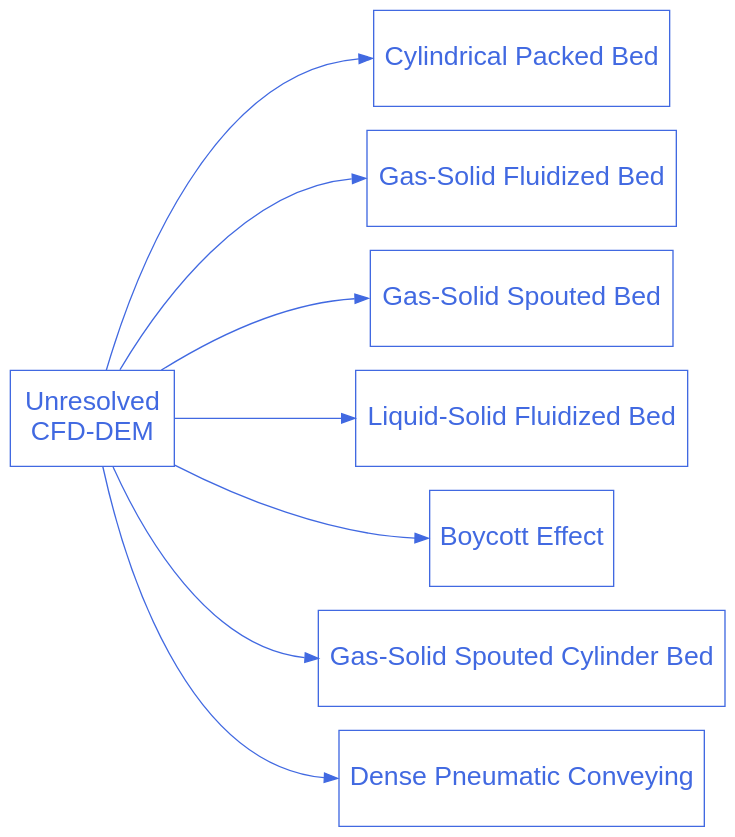
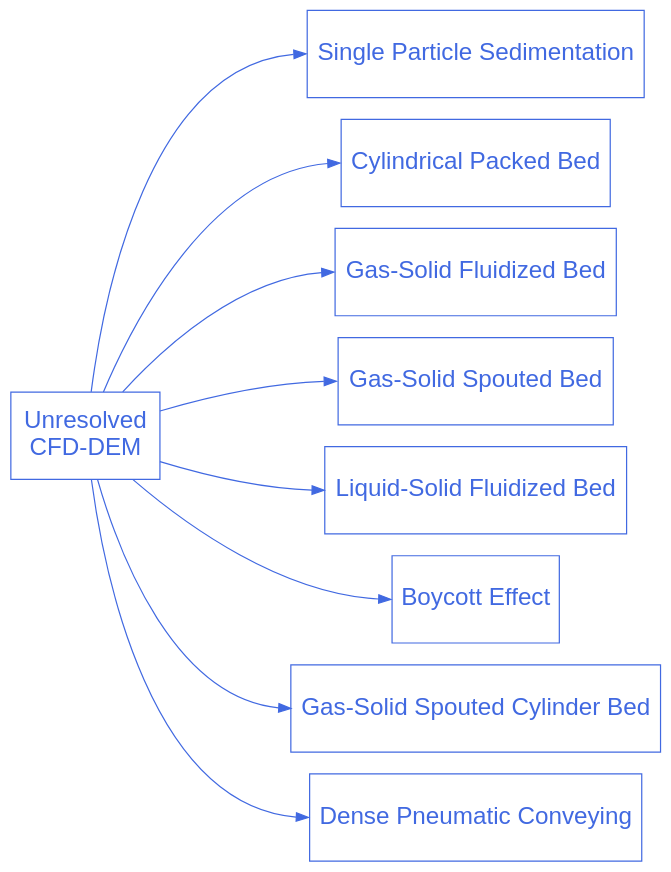
Before and after one commit to chaos-polymtl/lethe: the diagram in doc/source/examples/unresolved-cfd-dem/unresolved-cfd-dem.rst, drawn with Graphviz. The commit also changed other lines of this file and 16 other files, not shown here.

First line of the commit message:
Example unresolved cfd dem sedimentation (#1450)

```diff
--- a/doc/source/examples/unresolved-cfd-dem/unresolved-cfd-dem.rst
+++ b/doc/source/examples/unresolved-cfd-dem/unresolved-cfd-dem.rst
@@ -20,33 +21,36 @@
 .. graphviz:: 
 
     digraph unresolved_cfd_dem_diagram {
       graph [bgcolor="transparent", align=true, ranksep=1.5];
       node [fontname=Arial, fontsize=20, shape=box, fontcolor=royalblue, color=royalblue, height=1];
       edge [color=royalblue];
       rankdir="LR";
       size = "9,9";
 
       unresolved_cfd_dem [label="Unresolved \nCFD-DEM", href="https://chaos-polymtl.github.io/lethe/documentation/examples/unresolved-cfd-dem/unresolved-cfd-dem.html"];
 
-      cfd_dem_1 [label="Cylindrical Packed Bed", href="https://chaos-polymtl.github.io/lethe/documentation/examples/unresolved-cfd-dem/cylindrical-packed-bed/cylindrical-packed-bed.html"];
+      cfd_dem_1 [label="Single Particle Sedimentation", href="https://chaos-polymtl.github.io/lethe/documentation/examples/unresolved-cfd-dem/single-particle-sedimentation/single-particle-sedimentation.html"];
 
-      cfd_dem_2 [label="Gas-Solid Fluidized Bed", href="https://chaos-polymtl.github.io/lethe/documentation/examples/unresolved-cfd-dem/gas-solid-fluidized-bed/gas-solid-fluidized-bed.html"];
+      cfd_dem_2 [label="Cylindrical Packed Bed", href="https://chaos-polymtl.github.io/lethe/documentation/examples/unresolved-cfd-dem/cylindrical-packed-bed/cylindrical-packed-bed.html"];
 
-      cfd_dem_3 [label="Gas-Solid Spouted Bed", href="https://chaos-polymtl.github.io/lethe/documentation/examples/unresolved-cfd-dem/gas-solid-spouted-bed/gas-solid-spouted-bed.html"];
+      cfd_dem_3 [label="Gas-Solid Fluidized Bed", href="https://chaos-polymtl.github.io/lethe/documentation/examples/unresolved-cfd-dem/gas-solid-fluidized-bed/gas-solid-fluidized-bed.html"];
 
-      cfd_dem_4 [label="Liquid-Solid Fluidized Bed", href="https://chaos-polymtl.github.io/lethe/documentation/examples/unresolved-cfd-dem/liquid-solid-fluidized-bed/liquid-solid-fluidized-bed.html"];
+      cfd_dem_4 [label="Gas-Solid Spouted Bed", href="https://chaos-polymtl.github.io/lethe/documentation/examples/unresolved-cfd-dem/gas-solid-spouted-bed/gas-solid-spouted-bed.html"];
 
-      cfd_dem_5 [label="Boycott Effect", href="https://chaos-polymtl.github.io/lethe/documentation/examples/unresolved-cfd-dem/boycott-effect/boycott-effect.html"];
+      cfd_dem_5 [label="Liquid-Solid Fluidized Bed", href="https://chaos-polymtl.github.io/lethe/documentation/examples/unresolved-cfd-dem/liquid-solid-fluidized-bed/liquid-solid-fluidized-bed.html"];
 
-      cfd_dem_6 [label="Gas-Solid Spouted Cylinder Bed", href="https://chaos-polymtl.github.io/lethe/documentation/examples/unresolved-cfd-dem/gas-solid-spouted-cylinder-bed/gas-solid-spouted-cylinder-bed.html"];
+      cfd_dem_6 [label="Boycott Effect", href="https://chaos-polymtl.github.io/lethe/documentation/examples/unresolved-cfd-dem/boycott-effect/boycott-effect.html"];
 
-      cfd_dem_7 [label="Dense Pneumatic Conveying", href="https://chaos-polymtl.github.io/lethe/documentation/examples/unresolved-cfd-dem/dense-pneumatic-conveying/dense-pneumatic-conveying.html"];
+      cfd_dem_7 [label="Gas-Solid Spouted Cylinder Bed", href="https://chaos-polymtl.github.io/lethe/documentation/examples/unresolved-cfd-dem/gas-solid-spouted-cylinder-bed/gas-solid-spouted-cylinder-bed.html"];
+
+      cfd_dem_8 [label="Dense Pneumatic Conveying", href="https://chaos-polymtl.github.io/lethe/documentation/examples/unresolved-cfd-dem/dense-pneumatic-conveying/dense-pneumatic-conveying.html"];
 
       unresolved_cfd_dem -> cfd_dem_1:w;
       unresolved_cfd_dem -> cfd_dem_2:w;
       unresolved_cfd_dem -> cfd_dem_3:w;
       unresolved_cfd_dem -> cfd_dem_4:w;
       unresolved_cfd_dem -> cfd_dem_5:w;
       unresolved_cfd_dem -> cfd_dem_6:w;
       unresolved_cfd_dem -> cfd_dem_7:w;
+      unresolved_cfd_dem -> cfd_dem_8:w;
     }
```
